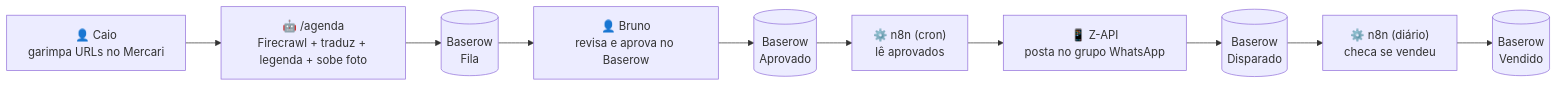
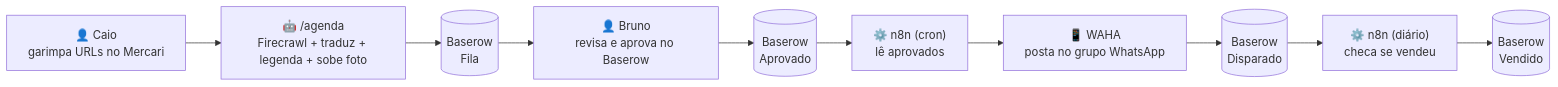
Before and after one commit to brunerars/motor-ofertas-kit: the diagram in README.md, drawn with Mermaid. The commit also changed other lines of this file and 11 other files, not shown here.

First line of the commit message:
feat: migra o disparo de Z-API para WAHA auto-hospedado

````diff
--- a/README.md
+++ b/README.md
@@ -14,12 +14,12 @@
 ```mermaid
 flowchart LR
   A["👤 Caio<br/>garimpa URLs no Mercari"] --> B["🤖 /agenda<br/>Firecrawl + traduz + legenda + sobe foto"]
   B --> C[("Baserow<br/>Fila")]
   C --> D["👤 Bruno<br/>revisa e aprova no Baserow"]
   D --> E[("Baserow<br/>Aprovado")]
   E --> F["⚙️ n8n (cron)<br/>lê aprovados"]
-  F --> G["📱 Z-API<br/>posta no grupo WhatsApp"]
+  F --> G["📱 WAHA<br/>posta no grupo WhatsApp"]
   G --> H[("Baserow<br/>Disparado")]
   H --> I["⚙️ n8n (diário)<br/>checa se vendeu"]
   I --> J[("Baserow<br/>Vendido")]
 ```
````
